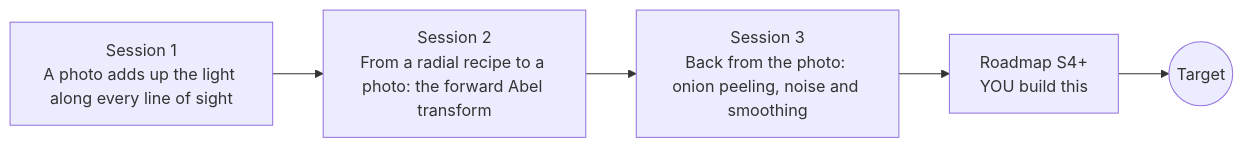
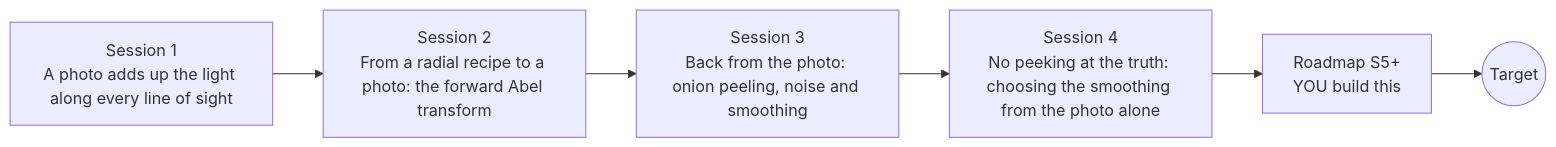
Before and after one commit to KrunalPanchal1995/openabel: the diagram in README.md, drawn with Mermaid. The commit also changed other lines of this file and 17 other files, not shown here.

First line of the commit message:
Session 4: choose the smoothing from the photo alone (hub issue #9)

````diff
--- a/README.md
+++ b/README.md
@@ -89,9 +90,10 @@
 ```mermaid
 flowchart LR
   S1[Session 1<br/>A photo adds up the light along every line of sight]
   S2[Session 2<br/>From a radial recipe to a photo: the forward Abel transform]
   S3[Session 3<br/>Back from the photo: onion peeling, noise and smoothing]
-  R[Roadmap S4+<br/>YOU build this]
+  S4[Session 4<br/>No peeking at the truth: choosing the smoothing from the photo alone]
+  R[Roadmap S5+<br/>YOU build this]
   T((Target))
-  S1 --> S2 --> S3 --> R --> T
+  S1 --> S2 --> S3 --> S4 --> R --> T
 ```
````
